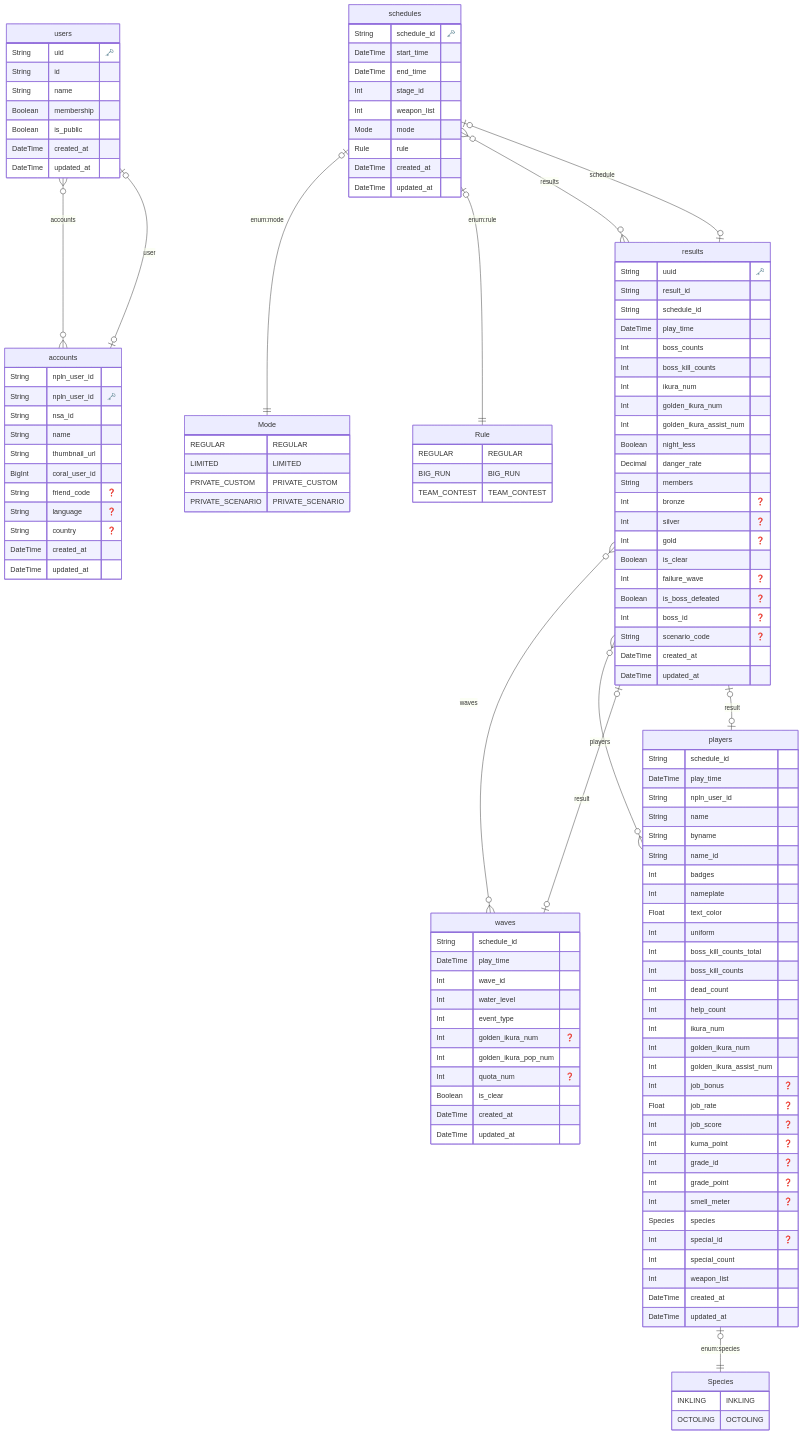
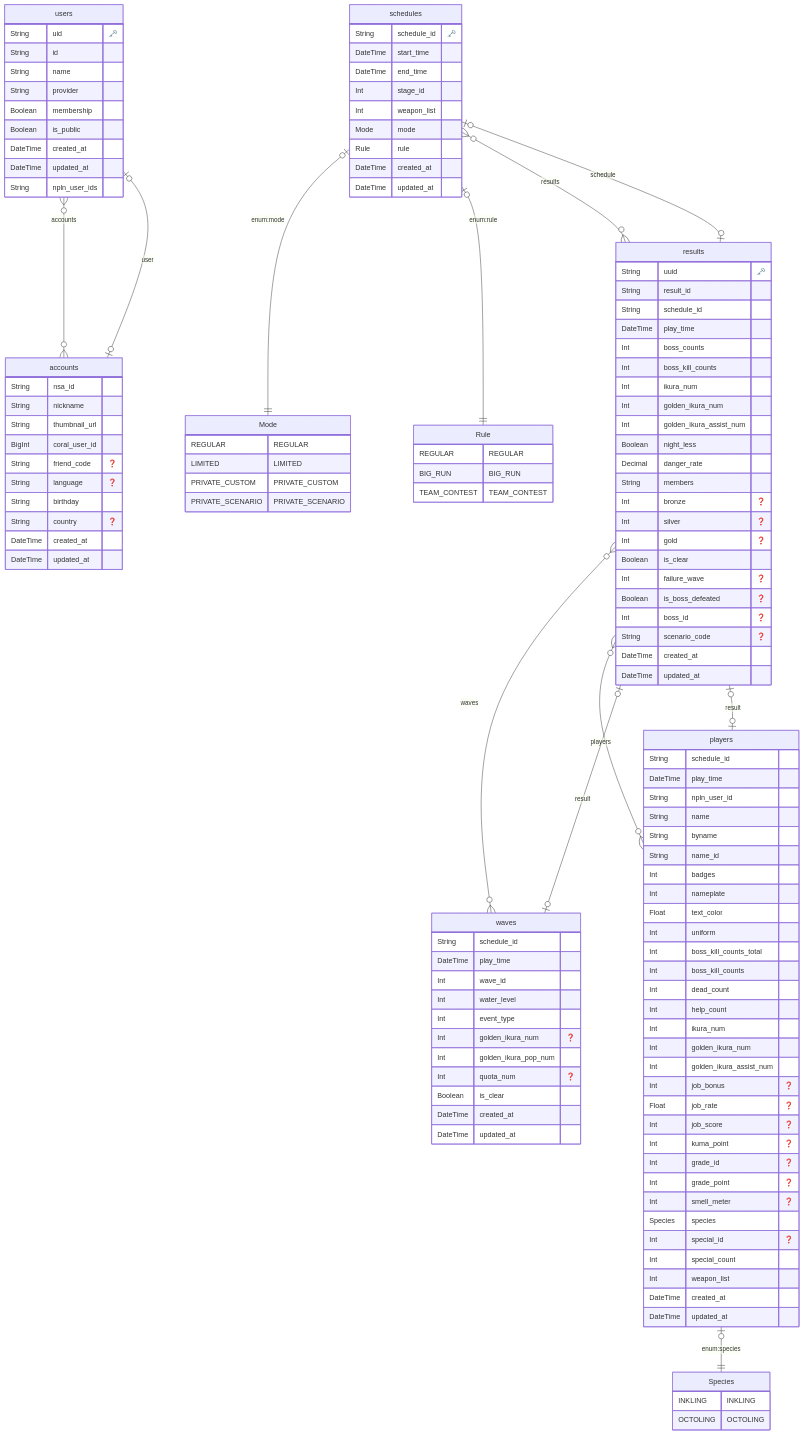
The diagram in prisma/erd.md (salmonstats3/av5ja_stats_api), drawn with Mermaid before and after one commit. The commit also changed 7 other files, not shown here.

```diff
--- a/prisma/erd.md
+++ b/prisma/erd.md
@@ -27,22 +27,23 @@
     String uid "🗝️"
     String id 
     String name 
+    String provider 
     Boolean membership 
     Boolean is_public 
     DateTime created_at 
     DateTime updated_at 
+    String npln_user_ids 
     }
   
 
   "accounts" {
-    String npln_user_id 
-    String npln_user_id "🗝️"
     String nsa_id 
-    String name 
+    String nickname 
     String thumbnail_url 
     BigInt coral_user_id 
     String friend_code "❓"
     String language "❓"
+    String birthday 
     String country "❓"
     DateTime created_at 
     DateTime updated_at 
```
